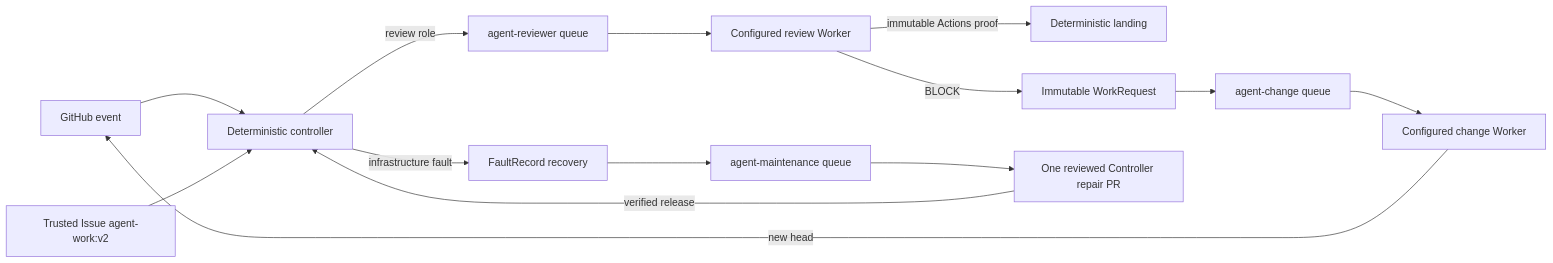
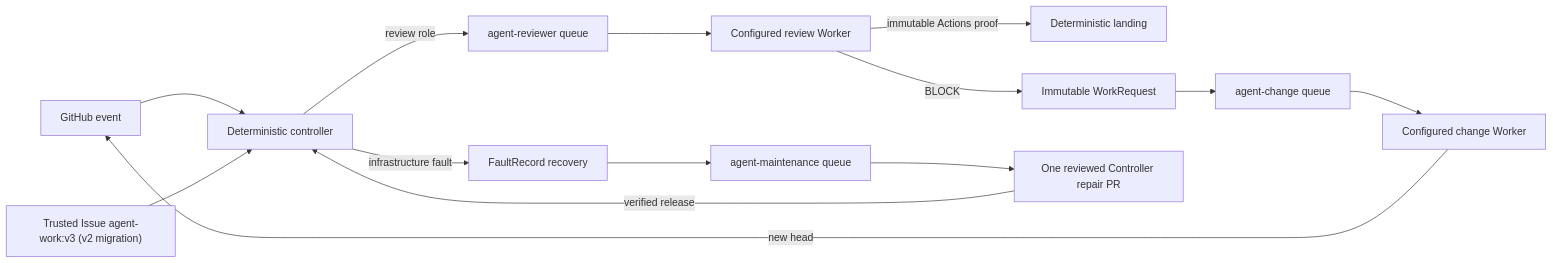
The diagram in docs/architecture.md (Ornn8/dsh-agent-automation), drawn with Mermaid before and after one commit. The commit also changed other lines of this file and 6 other files, not shown here.

Commit message:
Add bounded agent-work v3 task declarations

````diff
--- a/docs/architecture.md
+++ b/docs/architecture.md
@@ -59,16 +59,16 @@
 ```mermaid
 flowchart LR
   G["GitHub event"] --> C["Deterministic controller"]
-  I["Trusted Issue agent-work:v2"] --> C
+  I["Trusted Issue agent-work:v3 (v2 migration)"] --> C
   C -->|"review role"| RQ["agent-reviewer queue"]
   RQ --> RA["Configured review Worker"]
   RA -->|"immutable Actions proof"| L["Deterministic landing"]
   RA -->|"BLOCK"| W["Immutable WorkRequest"]
   W --> CQ["agent-change queue"]
   CQ --> CA["Configured change Worker"]
   CA -->|"new head"| G
   C -->|"infrastructure fault"| F["FaultRecord recovery"]
   F --> MQ["agent-maintenance queue"]
   MQ --> MP["One reviewed Controller repair PR"]
   MP -->|"verified release"| C
 ```
````
